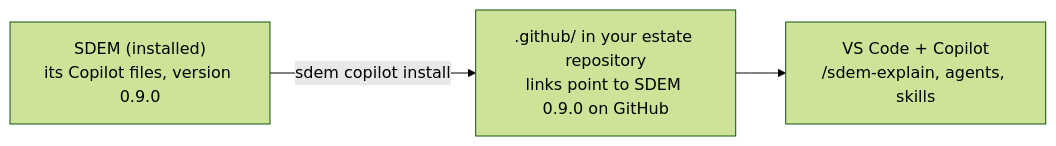
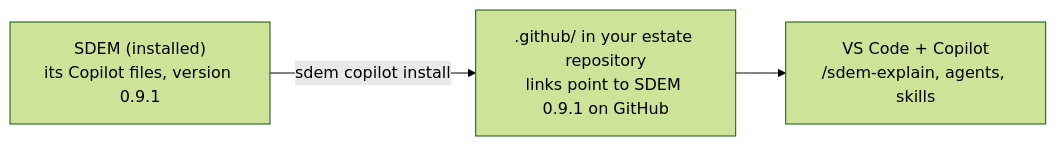
One commit to taumoeps/bian-sdem-framework changed the diagram in docs/design/sdem-copilot-install-design.md. Above: the diagram before and after it, drawn with Mermaid (forest theme). The commit also changed 18 other files, not shown here.

Commit message:
Release preparation v0.9.1 — team set-up fixes: version 0.9.1, estate template pinned to v0.9.1, CHANGELOG section with upgrade steps, ROADMAP, status lines

````diff
--- a/docs/design/sdem-copilot-install-design.md
+++ b/docs/design/sdem-copilot-install-design.md
@@ -18,5 +18,5 @@
 ```mermaid
 flowchart LR
-    S["SDEM (installed)<br/>its Copilot files, version 0.9.0"] -- "sdem copilot install" --> E[".github/ in your estate repository<br/>links point to SDEM 0.9.0 on GitHub"]
+    S["SDEM (installed)<br/>its Copilot files, version 0.9.1"] -- "sdem copilot install" --> E[".github/ in your estate repository<br/>links point to SDEM 0.9.1 on GitHub"]
     E --> V["VS Code + Copilot<br/>/sdem-explain, agents, skills"]
 ```
````
